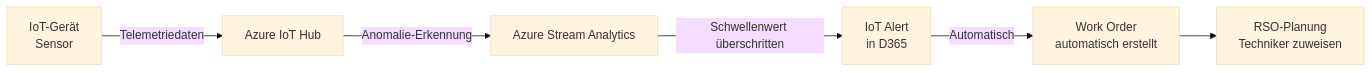
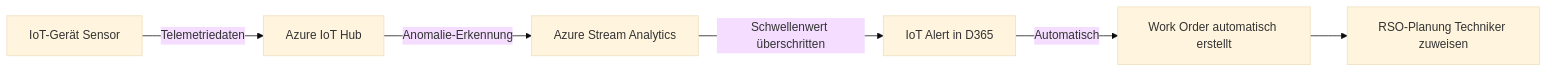
Before and after one commit to SoniiiT/notes-n-docs: the fourth of 5 diagrams in Microsoft 365/Dynamics 365/Dynamics 365 Field Service.md, drawn with Mermaid (base theme). The commit also changed other lines of this file and 124 other files, not shown here.

First line of the commit message:
fix: Entferne \n aus allen Mermaid-Diagrammen (125 Dateien)

````diff
--- a/Microsoft 365/Dynamics 365/Dynamics 365 Field Service.md
+++ b/Microsoft 365/Dynamics 365/Dynamics 365 Field Service.md
@@ -138,8 +138,8 @@
 ```mermaid
 graph LR
-    DEV[IoT-Gerät\nSensor] -->|Telemetriedaten| HUB[Azure IoT Hub]
+    DEV[IoT-Gerät Sensor] -->|Telemetriedaten| HUB[Azure IoT Hub]
     HUB -->|Anomalie-Erkennung| STR[Azure Stream Analytics]
-    STR -->|Schwellenwert überschritten| ALT[IoT Alert\nin D365]
-    ALT -->|Automatisch| WO[Work Order\nautomatisch erstellt]
-    WO --> RSO2[RSO-Planung\nTechniker zuweisen]
+    STR -->|Schwellenwert überschritten| ALT[IoT Alert in D365]
+    ALT -->|Automatisch| WO[Work Order automatisch erstellt]
+    WO --> RSO2[RSO-Planung Techniker zuweisen]
 ```
````
